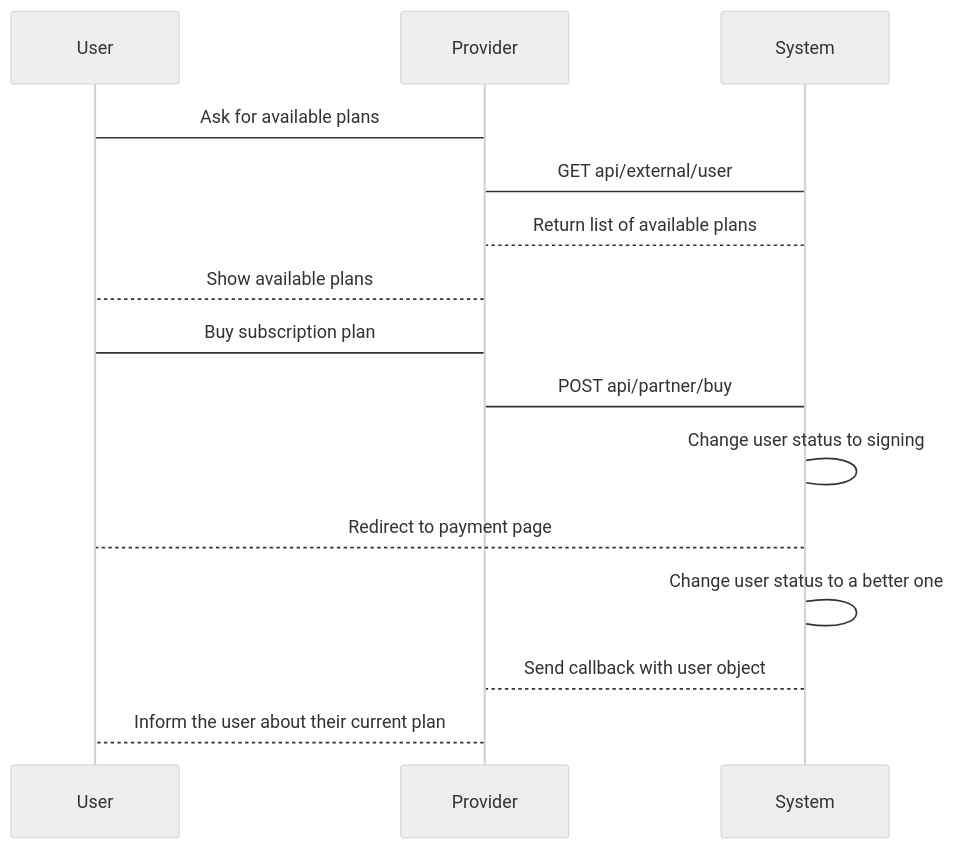
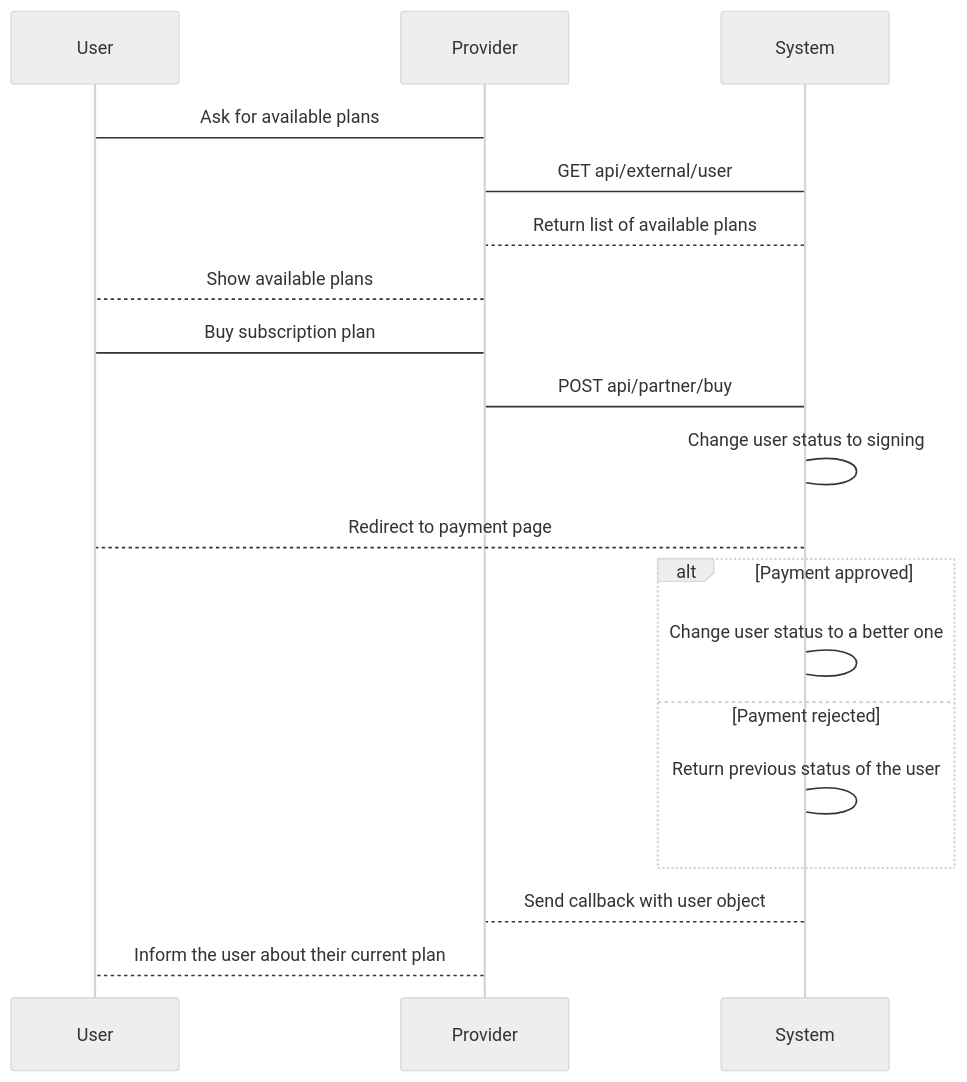
Before and after one commit to mrflanderss/test_task: the diagram in README.md, drawn with Mermaid (neutral theme). The commit also changed other lines of this file and 878 other files, not shown here.

````diff
--- a/README.md
+++ b/README.md
@@ -101,15 +101,18 @@
 ```mermaid
 sequenceDiagram
-
 User -> Provider: Ask  for available plans
 Provider -> System: GET api/external/user
 System --> Provider: Return  list  of available plans
 Provider --> User: Show available plans
 User -> Provider: Buy subscription plan
 Provider -> System: POST api/partner/buy
 System -> System: Change user status to signing
 System --> User: Redirect to payment page
+alt Payment approved
 System -> System: Change user status to a better one
+else  Payment rejected
+System -> System: Return previous status of the user
+end
 System --> Provider: Send callback with user object
 Provider --> User: Inform the user about their current plan
 ```
````
